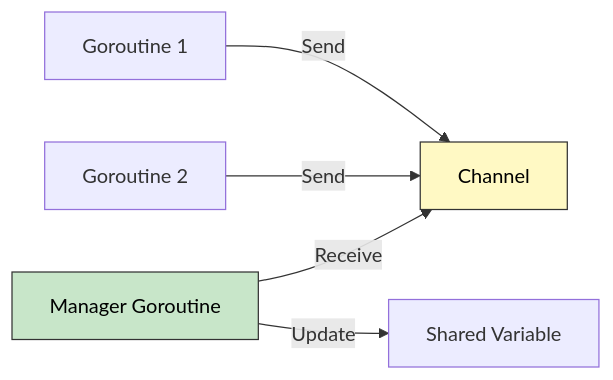
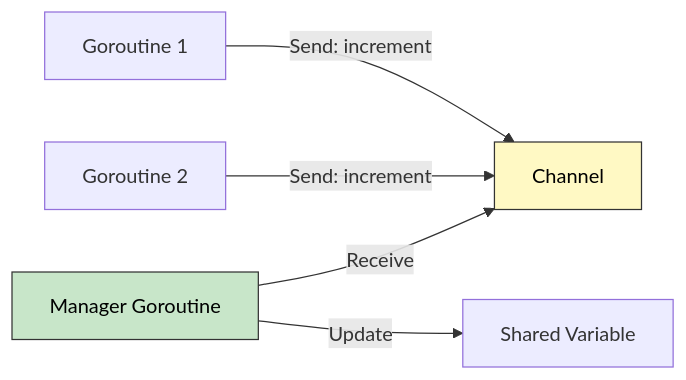
Diagram 21 of 22 in 19.Concurrency & Parallelism/README.md (ahmed-226/Backend-from-first-principles), drawn with Mermaid before and after one commit. The commit also changed other lines of this file, not shown here.

````diff
--- a/19.Concurrency & Parallelism/README.md
+++ b/19.Concurrency & Parallelism/README.md
@@ -619,10 +942,10 @@
 ```mermaid
 graph LR
-    G1[Goroutine 1] -->|Send| CH[Channel]
-    G2[Goroutine 2] -->|Send| CH
+    G1[Goroutine 1] -->|Send: increment| CH[Channel]
+    G2[Goroutine 2] -->|Send: increment| CH
     GM[Manager Goroutine] -->|Receive| CH
     GM -->|Update| V[Shared Variable]
-    
+
     style CH fill:#fff9c4,stroke:#333,color:#000
     style GM fill:#c8e6c9,stroke:#333,color:#000
 ```
````
